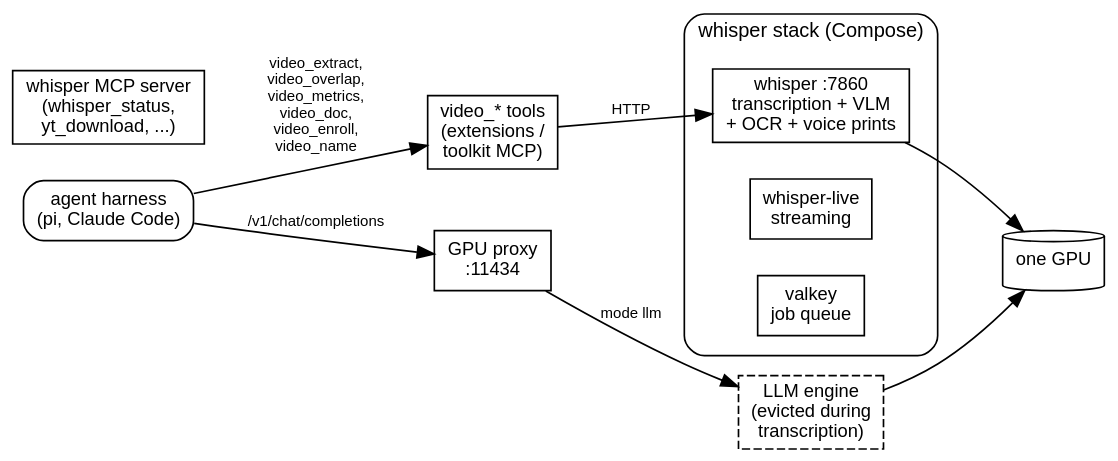
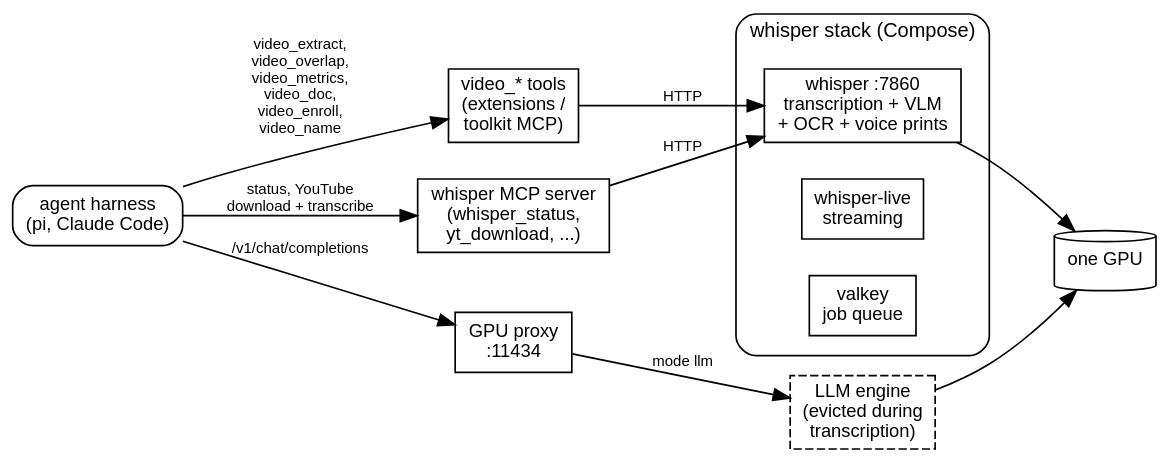
One commit to erfianugrah/lexicanum changed the first of 2 diagrams in src/content/docs/reference/self-hosted-transcription-for-agents.mdx. Above: the diagram before and after it, drawn with Graphviz. The commit also changed 4 other files, not shown here.

First line of the commit message:
docs: redraw five diagrams on the agent/LLM pages after a live check

````diff
--- a/src/content/docs/reference/self-hosted-transcription-for-agents.mdx
+++ b/src/content/docs/reference/self-hosted-transcription-for-agents.mdx
@@ -29,29 +29,31 @@
 ```dot
 digraph {
   rankdir=LR; bgcolor="transparent"; nodesep=0.3; ranksep=0.7;
   fontname="Helvetica,Arial,sans-serif";
   node [fontname="Helvetica,Arial,sans-serif", fontsize=11, shape=box];
   edge [fontname="Helvetica,Arial,sans-serif", fontsize=9];
 
   agent [label="agent harness\n(pi, Claude Code)", shape=box, style=rounded];
   tools [label="video_* tools\n(extensions /\ntoolkit MCP)"];
   mcp [label="whisper MCP server\n(whisper_status,\nyt_download, ...)"];
   proxy [label="GPU proxy\n:11434"];
   llama [label="LLM engine\n(evicted during\ntranscription)", style=dashed];
   gpu [label="one GPU", shape=cylinder];
 
   subgraph cluster_whisper {
     label="whisper stack (Compose)"; style=rounded; fontsize=12; margin=12;
     wh [label="whisper :7860\ntranscription + VLM\n+ OCR + voice prints"];
     live [label="whisper-live\nstreaming"];
     valkey [label="valkey\njob queue"];
   }
 
   agent -> tools [label="video_extract,\nvideo_overlap,\nvideo_metrics,\nvideo_doc,\nvideo_enroll,\nvideo_name"];
   agent -> proxy [label="/v1/chat/completions"];
   tools -> wh [label="HTTP"];
+  agent -> mcp [label="status, YouTube\ndownload + transcribe"];
+  mcp -> wh [label="HTTP"];
   proxy -> llama [label="mode llm"];
   llama -> gpu;
   wh -> gpu;
 }
 ```
````
